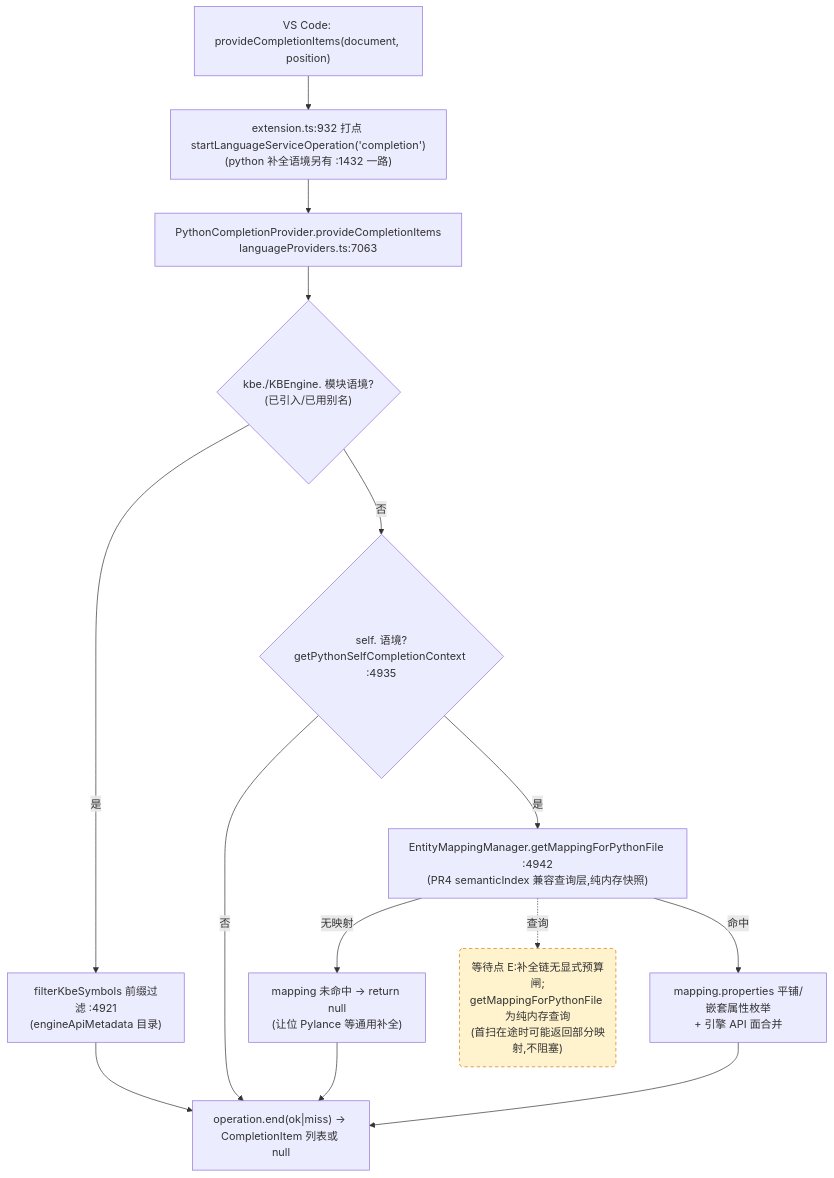
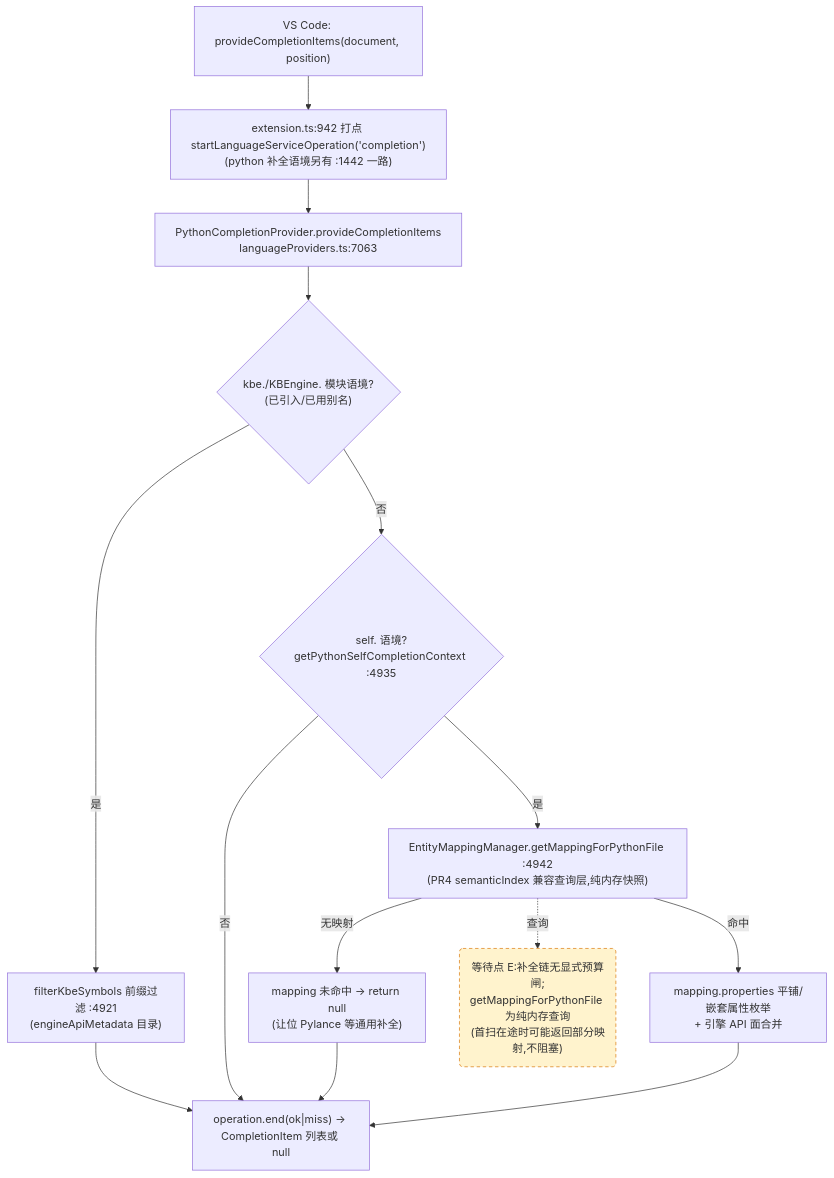
The third of 4 diagrams in docs/perf/2026-baseline.md (cuihairu/kode), drawn with Mermaid before and after one commit. The commit also changed other lines of this file and 17 other files, not shown here.

````diff
--- a/docs/perf/2026-baseline.md
+++ b/docs/perf/2026-baseline.md
@@ -184,27 +184,27 @@
 ```mermaid
 flowchart TD
   VC3["VS Code: provideCompletionItems(document, position)"]
-  M3["extension.ts:932 打点 startLanguageServiceOperation('completion')<br/>(python 补全语境另有 :1432 一路)"]
+  M3["extension.ts:942 打点 startLanguageServiceOperation('completion')<br/>(python 补全语境另有 :1442 一路)"]
   CP["PythonCompletionProvider.provideCompletionItems<br/>languageProviders.ts:7063"]
   KBEC{"kbe./KBEngine. 模块语境?<br/>(已引入/已用别名)"}
   FILTER["filterKbeSymbols 前缀过滤 :4921<br/>(engineApiMetadata 目录)"]
   SELFC{"self. 语境?<br/>getPythonSelfCompletionContext :4935"}
   MAP["EntityMappingManager.getMappingForPythonFile :4942<br/>(PR4 semanticIndex 兼容查询层,纯内存快照)"]
   NOMAP["mapping 未命中 → return null<br/>(让位 Pylance 等通用补全)"]
   PROPS["mapping.properties 平铺/嵌套属性枚举<br/>+ 引擎 API 面合并"]
   END3["operation.end(ok|miss) → CompletionItem 列表或 null"]
 
   VC3 --> M3 --> CP --> KBEC
   KBEC -- "是" --> FILTER --> END3
   KBEC -- "否" --> SELFC
   SELFC -- "否" --> END3
   SELFC -- "是" --> MAP
   MAP -- "无映射" --> NOMAP --> END3
   MAP -- "命中" --> PROPS --> END3
 
   WAITE("等待点 E:补全链无显式预算闸;<br/>getMappingForPythonFile 为纯内存查询<br/>(首扫在途时可能返回部分映射,不阻塞)")
   MAP -.->|查询| WAITE
 
   classDef waitPoint fill:#fff3cd,stroke:#d97706,stroke-dasharray:5 4;
   class WAITE waitPoint;
 ```
````
